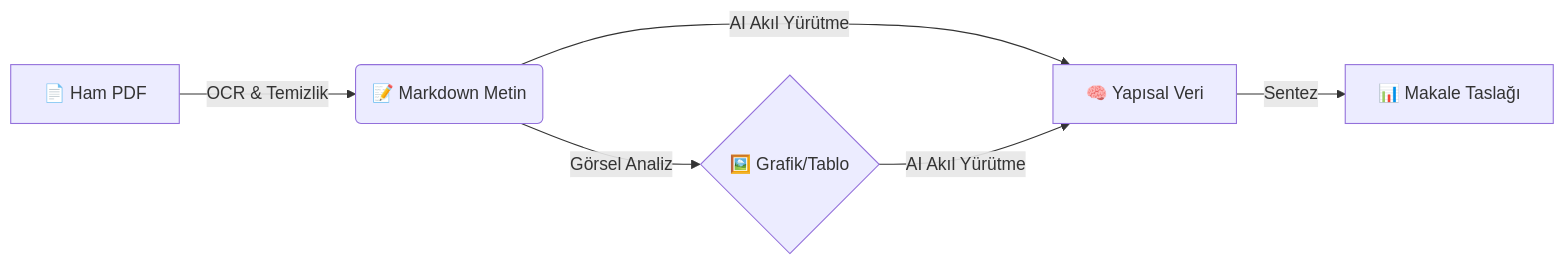
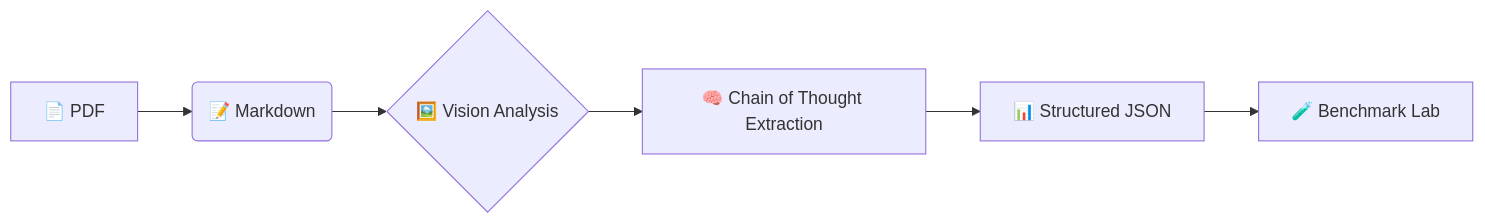
The diagram in README.md (cfdonmez/OISAC_PRISMA_COMST), drawn with Mermaid before and after one commit. The commit also changed other lines of this file, not shown here.

````diff
--- a/README.md
+++ b/README.md
@@ -49,7 +50,8 @@
 ```mermaid
 graph LR
-    A[📄 Ham PDF] -->|OCR & Temizlik| B(📝 Markdown Metin)
-    B -->|Görsel Analiz| C{🖼️ Grafik/Tablo}
-    B & C -->|AI Akıl Yürütme| D[🧠 Yapısal Veri]
-    D -->|Sentez| E[📊 Makale Taslağı]
+    A[📄 PDF] --> B(📝 Markdown)
+    B --> C{🖼️ Vision Analysis}
+    C --> D[🧠 Chain of Thought Extraction]
+    D --> E[📊 Structured JSON]
+    E --> F[🧪 Benchmark Lab]
 ```
````
